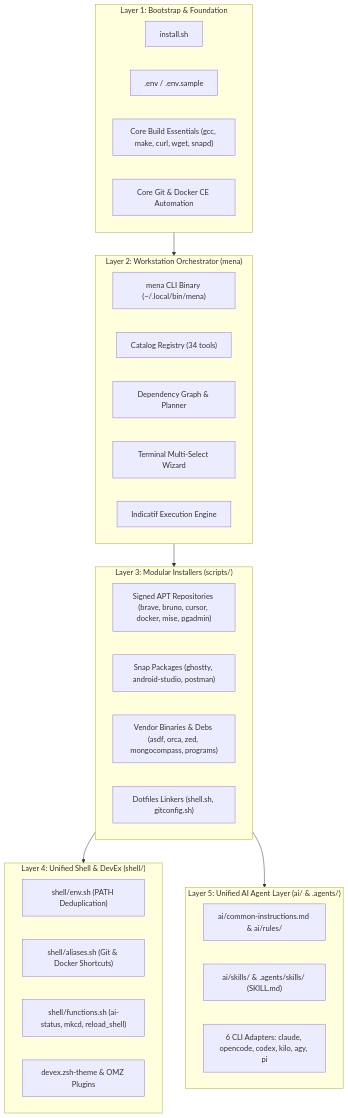
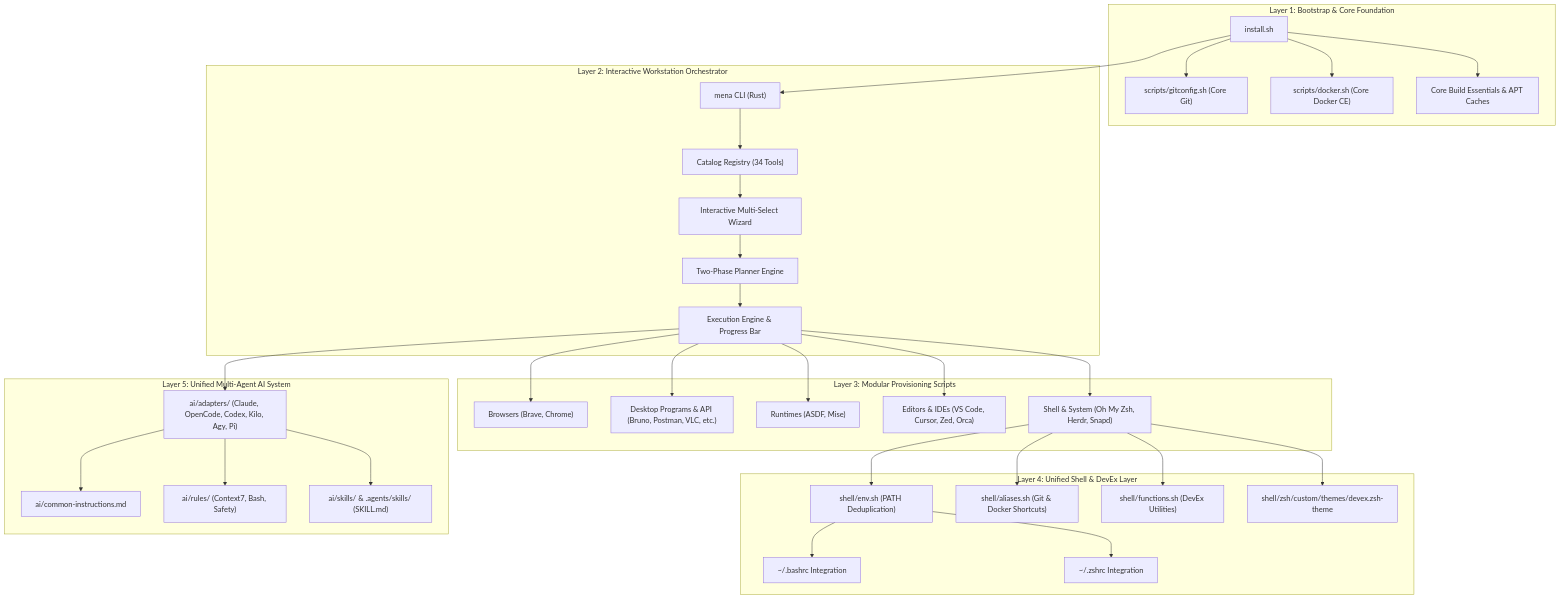
The second of 7 diagrams in docs/architecture.md (nmenag/dotfiles), drawn with Mermaid before and after one commit. The commit also changed other lines of this file and 12 other files, not shown here.

````diff
--- a/docs/architecture.md
+++ b/docs/architecture.md
@@ -45,42 +54,69 @@
 ```mermaid
-flowchart TB
-    subgraph Layer1["Layer 1: Bootstrap & Foundation"]
-        I["install.sh"]
-        Env[".env / .env.sample"]
-        APT["Core Build Essentials (gcc, make, curl, wget, snapd)"]
-        GitDocker["Core Git & Docker CE Automation"]
+graph TD
+    subgraph L1["Layer 1: Bootstrap & Core Foundation"]
+        Bootstrap["install.sh"]
+        GitCore["scripts/gitconfig.sh (Core Git)"]
+        DockerCore["scripts/docker.sh (Core Docker CE)"]
+        BuildTools["Core Build Essentials & APT Caches"]
     end
 
-    subgraph Layer2["Layer 2: Workstation Orchestrator (mena)"]
-        MenaRust["mena CLI Binary (~/.local/bin/mena)"]
-        Cat["Catalog Registry (34 tools)"]
-        PlanEngine["Dependency Graph & Planner"]
-        Wiz["Terminal Multi-Select Wizard"]
-        ExecEngine["Indicatif Execution Engine"]
+    subgraph L2["Layer 2: Interactive Workstation Orchestrator"]
+        MenaCLI["mena CLI (Rust)"]
+        Catalog["Catalog Registry (34 Tools)"]
+        Planner["Two-Phase Planner Engine"]
+        Wizard["Interactive Multi-Select Wizard"]
+        Executor["Execution Engine & Progress Bar"]
     end
 
-    subgraph Layer3["Layer 3: Modular Installers (scripts/)"]
-        APTRepos["Signed APT Repositories (brave, bruno, cursor, docker, mise, pgadmin)"]
-        SnapPkgs["Snap Packages (ghostty, android-studio, postman)"]
-        DirectApps["Vendor Binaries & Debs (asdf, orca, zed, mongocompass, programs)"]
-        ConfigScripts["Dotfiles Linkers (shell.sh, gitconfig.sh)"]
+    subgraph L3["Layer 3: Modular Provisioning Scripts"]
+        Browsers["Browsers (Brave, Chrome)"]
+        Programs["Desktop Programs & API (Bruno, Postman, VLC, etc.)"]
+        Runtimes["Runtimes (ASDF, Mise)"]
+        DevTools["Editors & IDEs (VS Code, Cursor, Zed, Orca)"]
+        ShellScripts["Shell & System (Oh My Zsh, Herdr, Snapd)"]
     end
 
-    subgraph Layer4["Layer 4: Unified Shell & DevEx (shell/)"]
-        EnvSh["shell/env.sh (PATH Deduplication)"]
-        AliasesSh["shell/aliases.sh (Git & Docker Shortcuts)"]
-        FuncsSh["shell/functions.sh (ai-status, mkcd, reload_shell)"]
-        ThemeOMZ["devex.zsh-theme & OMZ Plugins"]
+    subgraph L4["Layer 4: Unified Shell & DevEx Layer"]
+        ShellEnv["shell/env.sh (PATH Deduplication)"]
+        ShellAliases["shell/aliases.sh (Git & Docker Shortcuts)"]
+        ShellFuncs["shell/functions.sh (DevEx Utilities)"]
+        Theme["shell/zsh/custom/themes/devex.zsh-theme"]
+        BashRC["~/.bashrc Integration"]
+        ZshRC["~/.zshrc Integration"]
     end
 
-    subgraph Layer5["Layer 5: Unified AI Agent Layer (ai/ & .agents/)"]
-        AgentDocs["ai/common-instructions.md & ai/rules/"]
-        AgentSkills["ai/skills/ & .agents/skills/ (SKILL.md)"]
-        Adapters["6 CLI Adapters: claude, opencode, codex, kilo, agy, pi"]
+    subgraph L5["Layer 5: Unified Multi-Agent AI System"]
+        CommonInst["ai/common-instructions.md"]
+        Rules["ai/rules/ (Context7, Bash, Safety)"]
+        Skills["ai/skills/ & .agents/skills/ (SKILL.md)"]
+        Adapters["ai/adapters/ (Claude, OpenCode, Codex, Kilo, Agy, Pi)"]
     end
 
-    Layer1 --> Layer2
-    Layer2 --> Layer3
-    Layer3 --> Layer4
-    Layer3 --> Layer5
+    Bootstrap --> BuildTools
+    Bootstrap --> GitCore
+    Bootstrap --> DockerCore
+    Bootstrap --> MenaCLI
+
+    MenaCLI --> Catalog
+    Catalog --> Wizard
+    Wizard --> Planner
+    Planner --> Executor
+
+    Executor --> Browsers
+    Executor --> Programs
+    Executor --> Runtimes
+    Executor --> DevTools
+    Executor --> ShellScripts
+    Executor --> Adapters
+
+    ShellScripts --> ShellEnv
+    ShellScripts --> ShellAliases
+    ShellScripts --> ShellFuncs
+    ShellScripts --> Theme
+    ShellEnv --> BashRC
+    ShellEnv --> ZshRC
+
+    Adapters --> CommonInst
+    Adapters --> Rules
+    Adapters --> Skills
 ```
````
